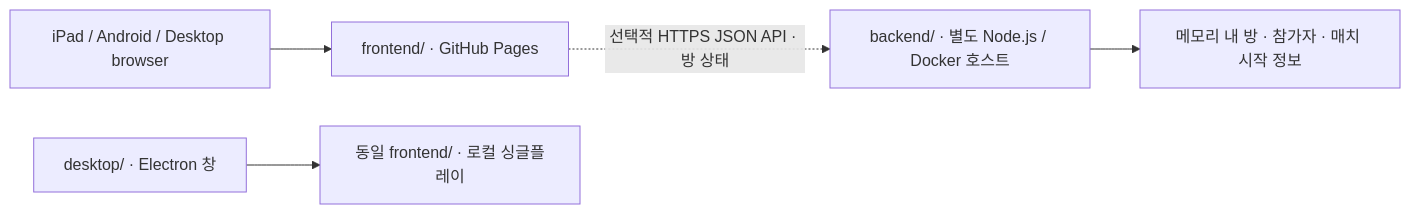
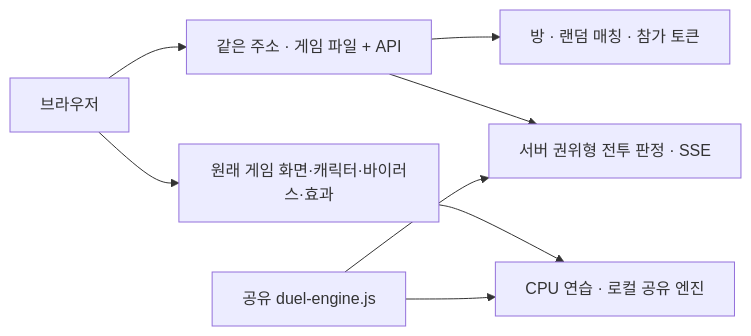
One commit to qqock2e/NeonParry changed the diagram in docs/ARCHITECTURE.md. Above: the diagram before and after it, drawn with Mermaid. The commit also changed other lines of this file and 49 other files, not shown here.

Commit message:
Adopt supplied 1.5.2 PvP/PvE baseline and document verified CPU-practice flow

````diff
--- a/docs/ARCHITECTURE.md
+++ b/docs/ARCHITECTURE.md
@@ -5,7 +3,10 @@
 ```mermaid
 flowchart LR
-  Browser["iPad / Android / Desktop browser"] --> Frontend["frontend/ · GitHub Pages"]
-  Frontend -. "선택적 HTTPS JSON API · 방 상태" .-> Backend["backend/ · 별도 Node.js / Docker 호스트"]
-  Backend --> Rooms["메모리 내 방 · 참가자 · 매치 시작 정보"]
-  Electron["desktop/ · Electron 창"] --> Local["동일 frontend/ · 로컬 싱글플레이"]
+  Browser["브라우저"] --> Server["같은 주소 · 게임 파일 + API"]
+  Server --> Lobby["방 · 랜덤 매칭 · 참가 토큰"]
+  Server --> Battle["서버 권위형 전투 판정 · SSE"]
+  Browser --> View["원래 게임 화면·캐릭터·바이러스·효과"]
+  View --> Practice["CPU 연습 · 로컬 공유 엔진"]
+  Engine["공유 duel-engine.js"] --> Battle
+  Engine --> Practice
 ```
````
